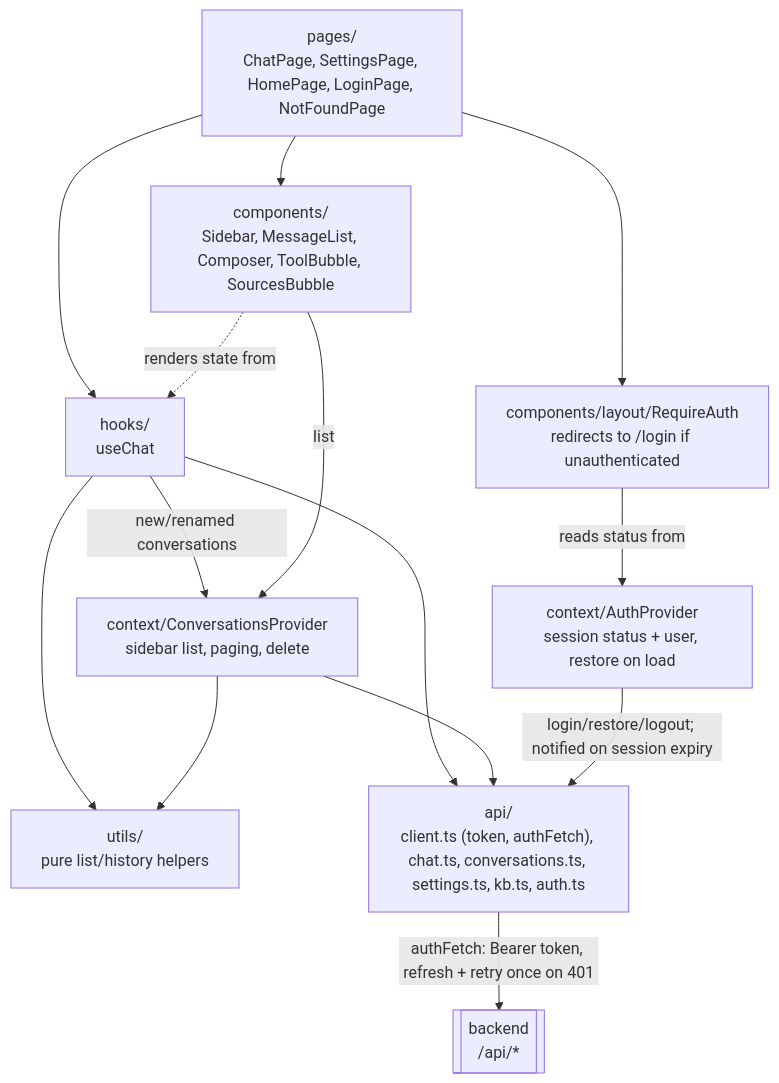
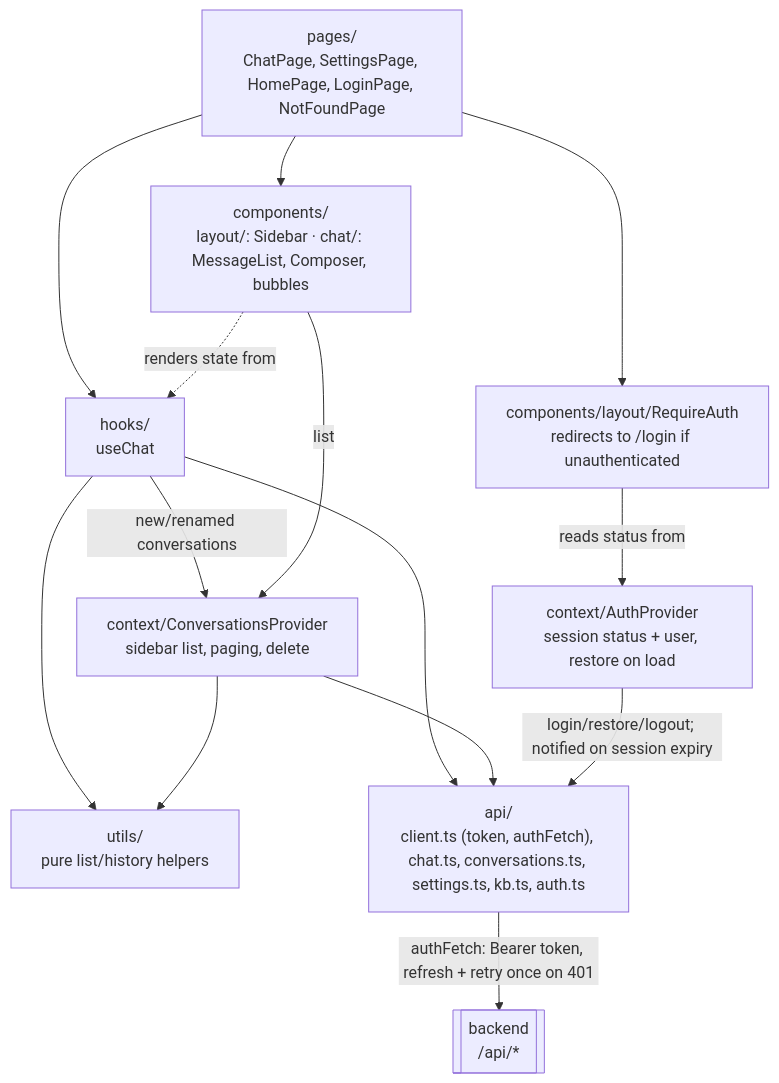
The fourth of 5 diagrams in docs/architecture.md (hadifar/rag), drawn with Mermaid before and after one commit. The commit also changed 9 other files, not shown here.

Commit message:
refactor: move chat comps into components/chat/ folder

````diff
--- a/docs/architecture.md
+++ b/docs/architecture.md
@@ -115,26 +115,26 @@
 ```mermaid
 graph TD
     pages["pages/<br/>ChatPage, SettingsPage, HomePage, LoginPage, NotFoundPage"]
     guard["components/layout/RequireAuth<br/>redirects to /login if unauthenticated"]
     authctx["context/AuthProvider<br/>session status + user, restore on load"]
     convctx["context/ConversationsProvider<br/>sidebar list, paging, delete"]
     hooks["hooks/<br/>useChat"]
     utils["utils/<br/>pure list/history helpers"]
     apiclient["api/<br/>client.ts (token, authFetch), chat.ts, conversations.ts, settings.ts, kb.ts, auth.ts"]
-    components["components/<br/>Sidebar, MessageList, Composer, ToolBubble, SourcesBubble"]
+    components["components/<br/>layout/: Sidebar · chat/: MessageList, Composer, bubbles"]
     backend[["backend<br/>/api/*"]]
 
     guard -->|reads status from| authctx
     pages --> guard
     pages --> hooks
     pages --> components
     hooks --> apiclient
     hooks -->|new/renamed conversations| convctx
     hooks --> utils
     convctx --> apiclient
     convctx --> utils
     components -->|list| convctx
     components -.->|renders state from| hooks
     apiclient -->|authFetch: Bearer token, refresh + retry once on 401| backend
     authctx -->|login/restore/logout; notified on session expiry| apiclient
 ```
````
